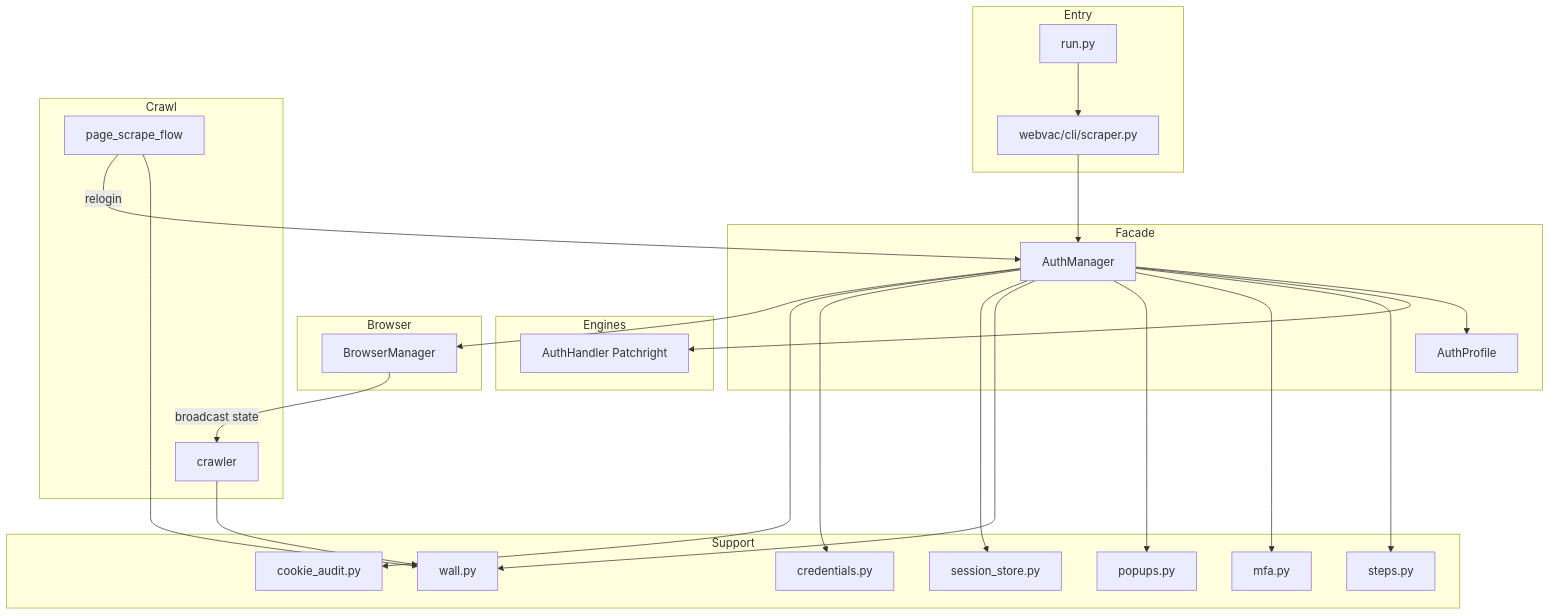
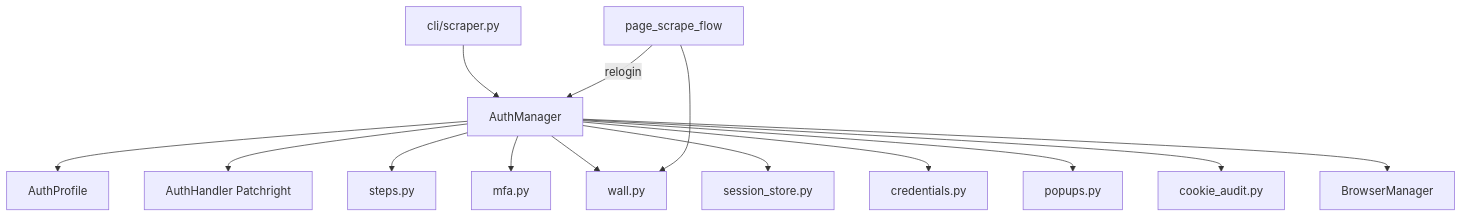
Before and after one commit to Shellghostt/WebVac: the first of 3 diagrams in docs/architecture/AUTH.md, drawn with Mermaid. The commit also changed other lines of this file and 8 other files, not shown here.

First line of the commit message:
Document subsystem architecture deep dives

````diff
--- a/docs/architecture/AUTH.md
+++ b/docs/architecture/AUTH.md
@@ -18,52 +19,16 @@
 ```mermaid
 flowchart TB
-  subgraph entry [Entry]
-    Scraper[webvac/cli/scraper.py]
-    RunPy[run.py]
-  end
-
-  subgraph facade [Facade]
-    Mgr[AuthManager]
-    Profile[AuthProfile]
-  end
-
-  subgraph engines [Engines]
-    PR[AuthHandler Patchright]
-  end
-
-  subgraph support [Support]
-    Steps[steps.py]
-    MFA[mfa.py]
-    Pop[popups.py]
-    Wall[wall.py]
-    Sess[session_store.py]
-    Creds[credentials.py]
-    Audit[cookie_audit.py]
-  end
-
-  subgraph browser [Browser]
-    BM[BrowserManager]
-  end
-
-  subgraph crawl [Crawl]
-    Flow[page_scrape_flow]
-    Crawler[crawler]
-  end
-
-  RunPy --> Scraper
-  Scraper --> Mgr
-  Mgr --> Profile
-  Mgr --> PR
-  Mgr --> Steps
-  Mgr --> MFA
-  Mgr --> Pop
-  Mgr --> Wall
-  Mgr --> Sess
-  Mgr --> Creds
-  Mgr --> Audit
-  Mgr --> BM
-  Flow --> Wall
+  Scraper[cli/scraper.py] --> Mgr[AuthManager]
+  Mgr --> Profile[AuthProfile]
+  Mgr --> Handler[AuthHandler Patchright]
+  Mgr --> Steps[steps.py]
+  Mgr --> MFA[mfa.py]
+  Mgr --> Wall[wall.py]
+  Mgr --> Sess[session_store.py]
+  Mgr --> Creds[credentials.py]
+  Mgr --> Pop[popups.py]
+  Mgr --> Audit[cookie_audit.py]
+  Mgr --> BM[BrowserManager]
+  Flow[page_scrape_flow] --> Wall
   Flow -->|relogin| Mgr
-  Crawler --> Wall
-  BM -->|broadcast state| Crawler
 ```
````
